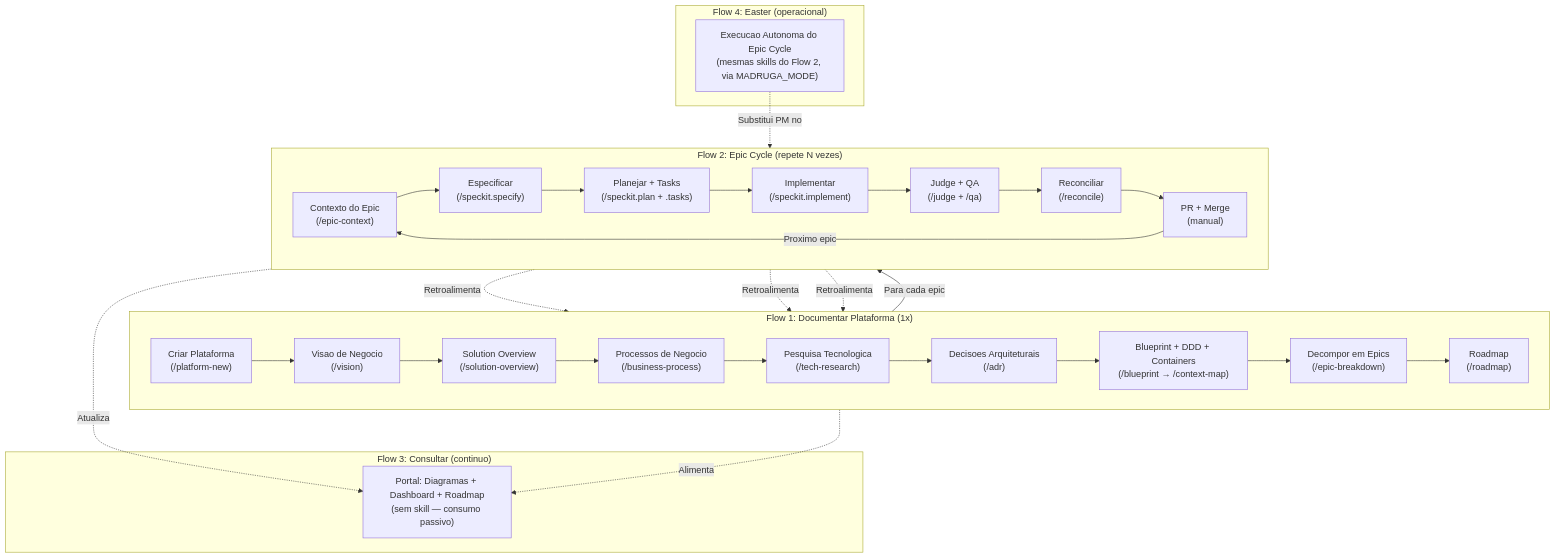
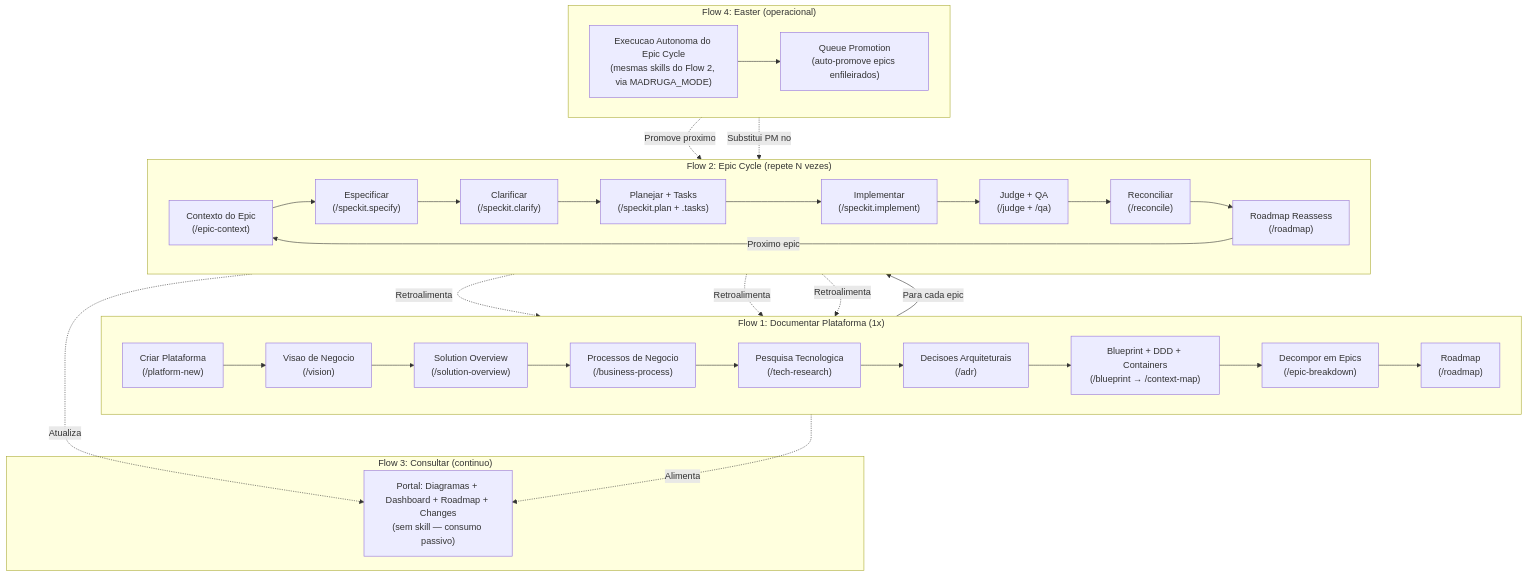
One commit to paceautomations/madruga.ai changed the first of 12 diagrams in platforms/madruga-ai/business/process.md. Above: the diagram before and after it, drawn with Mermaid. The commit also changed other lines of this file and 9 other files, not shown here.

````diff
--- a/platforms/madruga-ai/business/process.md
+++ b/platforms/madruga-ai/business/process.md
@@ -15,43 +15,48 @@
 ```mermaid
 flowchart TB
     subgraph F1["Flow 1: Documentar Plataforma (1x)"]
         direction LR
         F1A["Criar Plataforma\n(/platform-new)"] --> F1B["Visao de Negocio\n(/vision)"]
         F1B --> F1C["Solution Overview\n(/solution-overview)"]
         F1C --> F1D["Processos de Negocio\n(/business-process)"]
         F1D --> F1E["Pesquisa Tecnologica\n(/tech-research)"]
         F1E --> F1F["Decisoes Arquiteturais\n(/adr)"]
         F1F --> F1G["Blueprint + DDD + Containers\n(/blueprint → /context-map)"]
         F1G --> F1H["Decompor em Epics\n(/epic-breakdown)"]
         F1H --> F1I["Roadmap\n(/roadmap)"]
     end
 
     subgraph F2["Flow 2: Epic Cycle (repete N vezes)"]
         direction LR
         F2A["Contexto do Epic\n(/epic-context)"] --> F2B["Especificar\n(/speckit.specify)"]
-        F2B --> F2C["Planejar + Tasks\n(/speckit.plan + .tasks)"]
+        F2B --> F2B2["Clarificar\n(/speckit.clarify)"]
+        F2B2 --> F2C["Planejar + Tasks\n(/speckit.plan + .tasks)"]
         F2C --> F2D["Implementar\n(/speckit.implement)"]
         F2D --> F2E["Judge + QA\n(/judge + /qa)"]
         F2E --> F2F["Reconciliar\n(/reconcile)"]
-        F2F --> F2G["PR + Merge\n(manual)"]
+        F2F --> F2G["Roadmap Reassess\n(/roadmap)"]
     end
 
     subgraph F3["Flow 3: Consultar (continuo)"]
-        F3A["Portal: Diagramas + Dashboard + Roadmap\n(sem skill — consumo passivo)"]
+        F3A["Portal: Diagramas + Dashboard + Roadmap + Changes\n(sem skill — consumo passivo)"]
     end
 
     subgraph F4["Flow 4: Easter (operacional)"]
+        direction LR
         F4A["Execucao Autonoma do Epic Cycle\n(mesmas skills do Flow 2, via MADRUGA_MODE)"]
+        F4B["Queue Promotion\n(auto-promove epics enfileirados)"]
+        F4A --> F4B
     end
 
     F1I -->|"Para cada epic"| F2A
     F2G -->|"Proximo epic"| F2A
     F2F -.->|"Retroalimenta"| F1B
     F2F -.->|"Retroalimenta"| F1F
     F2F -.->|"Retroalimenta"| F1G
 
     F1 -.->|"Alimenta"| F3A
     F2 -.->|"Atualiza"| F3A
 
     F4A -.->|"Substitui PM no"| F2
+    F4B -.->|"Promove proximo"| F2A
 ```
````
